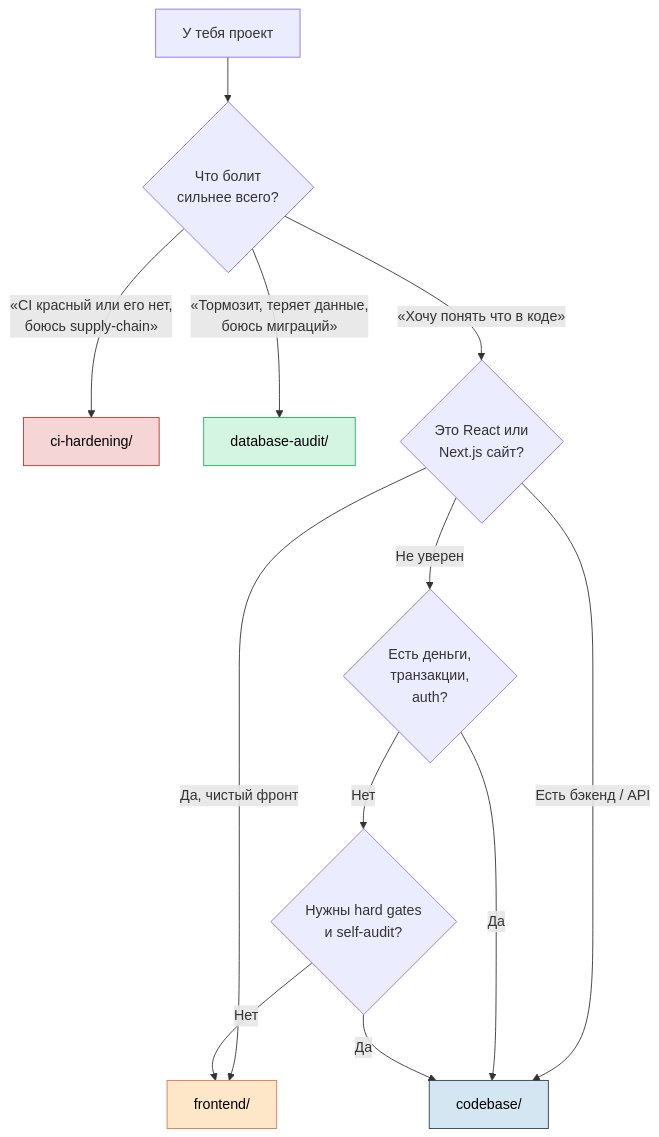
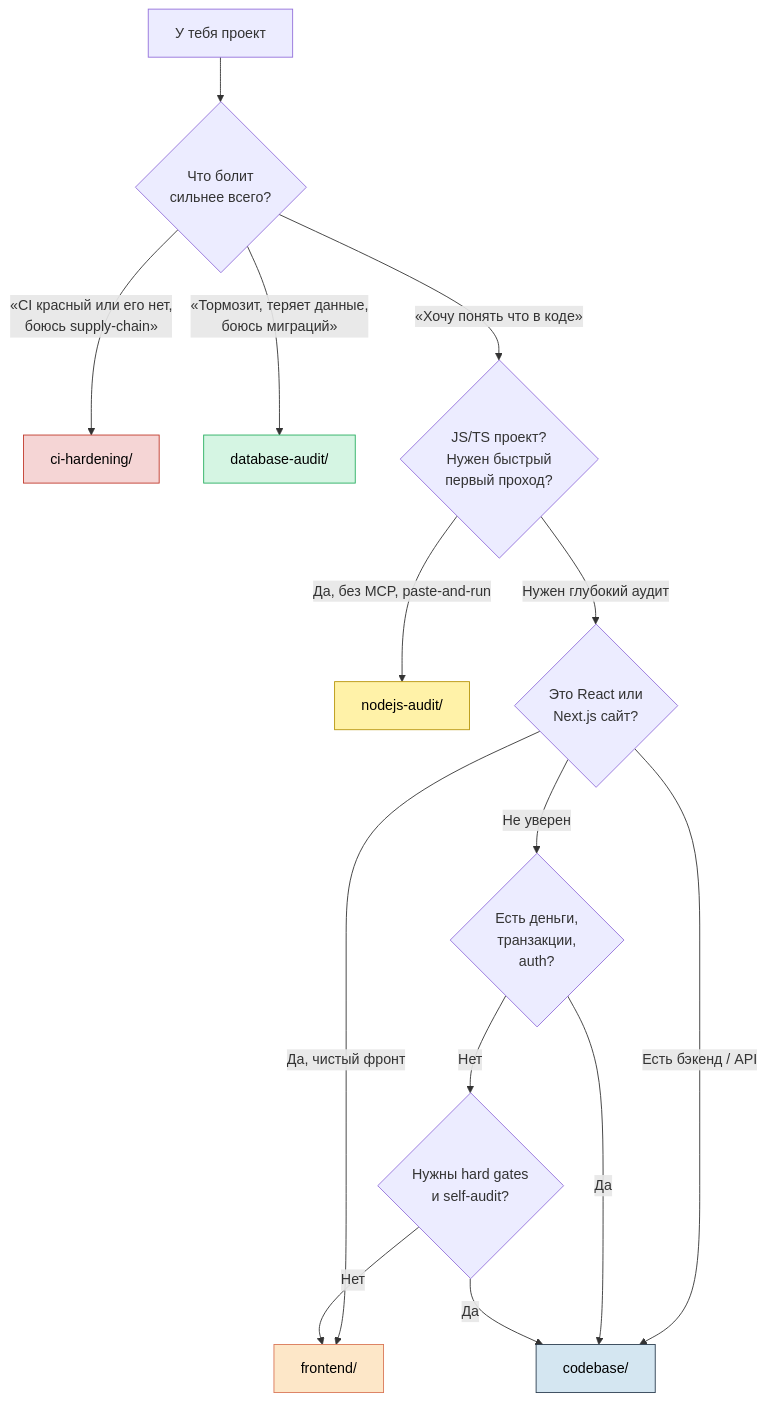
One commit to VKirill/audit-pipelines changed the diagram in README.md. Above: the diagram before and after it, drawn with Mermaid. The commit also changed other lines of this file and 20 other files, not shown here.

First line of the commit message:
nodejs-audit v1: single-arg autonomous JS/TS pipeline + master prompt

````diff
--- a/README.md
+++ b/README.md
@@ -168,19 +197,22 @@
 ```mermaid
 flowchart TD
     A[У тебя проект] --> Z{Что болит<br/>сильнее всего?}
     Z -- «CI красный или его нет,<br/>боюсь supply-chain» --> H[ci-hardening/]
     Z -- «Тормозит, теряет данные,<br/>боюсь миграций» --> DB[database-audit/]
-    Z -- «Хочу понять что в коде» --> B{Это React или<br/>Next.js сайт?}
+    Z -- «Хочу понять что в коде» --> Q{JS/TS проект?<br/>Нужен быстрый<br/>первый проход?}
+    Q -- Да, без MCP, paste-and-run --> N[nodejs-audit/]
+    Q -- Нужен глубокий аудит --> B{Это React или<br/>Next.js сайт?}
     B -- Да, чистый фронт --> C[frontend/]
     B -- Есть бэкенд / API --> D[codebase/]
     B -- Не уверен --> E{Есть деньги,<br/>транзакции,<br/>auth?}
     E -- Да --> D
     E -- Нет --> F{Нужны hard gates<br/>и self-audit?}
     F -- Да --> D
     F -- Нет --> C
 
+    style N fill:#fff2a8,stroke:#b7950b,color:#000
     style C fill:#fde7c8,stroke:#d97757,color:#000
     style D fill:#d4e6f1,stroke:#2c3e50,color:#000
     style H fill:#f5d5d5,stroke:#c0392b,color:#000
     style DB fill:#d5f5e3,stroke:#27ae60,color:#000
 ```
````
